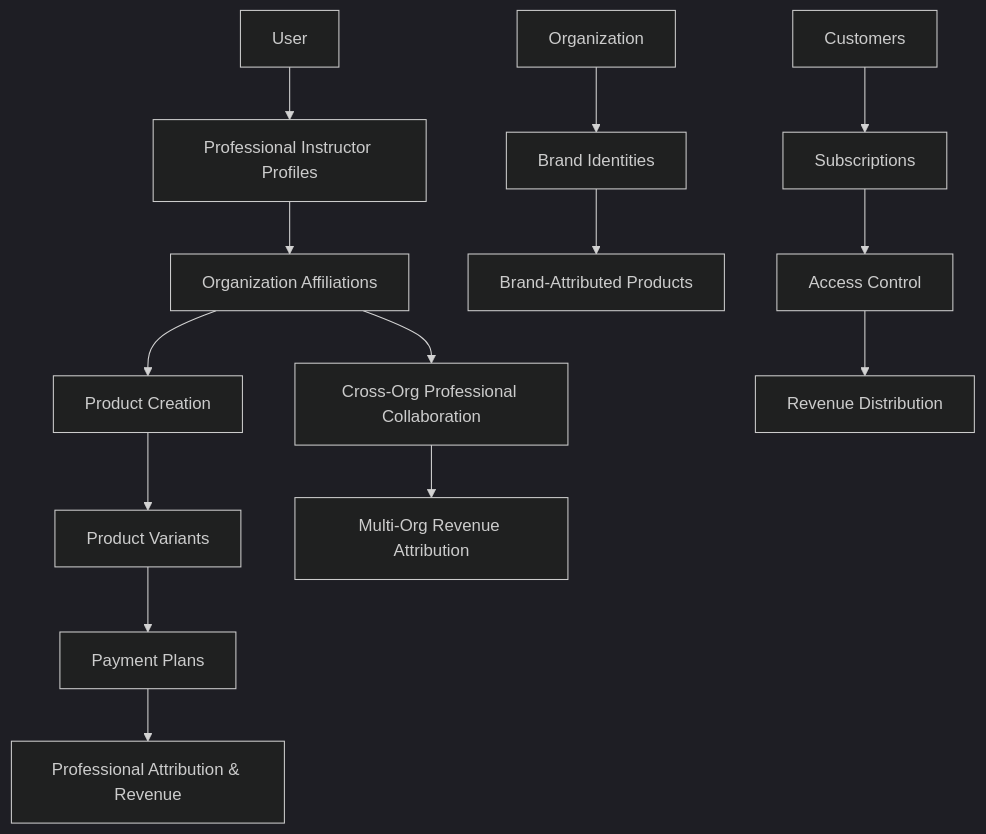
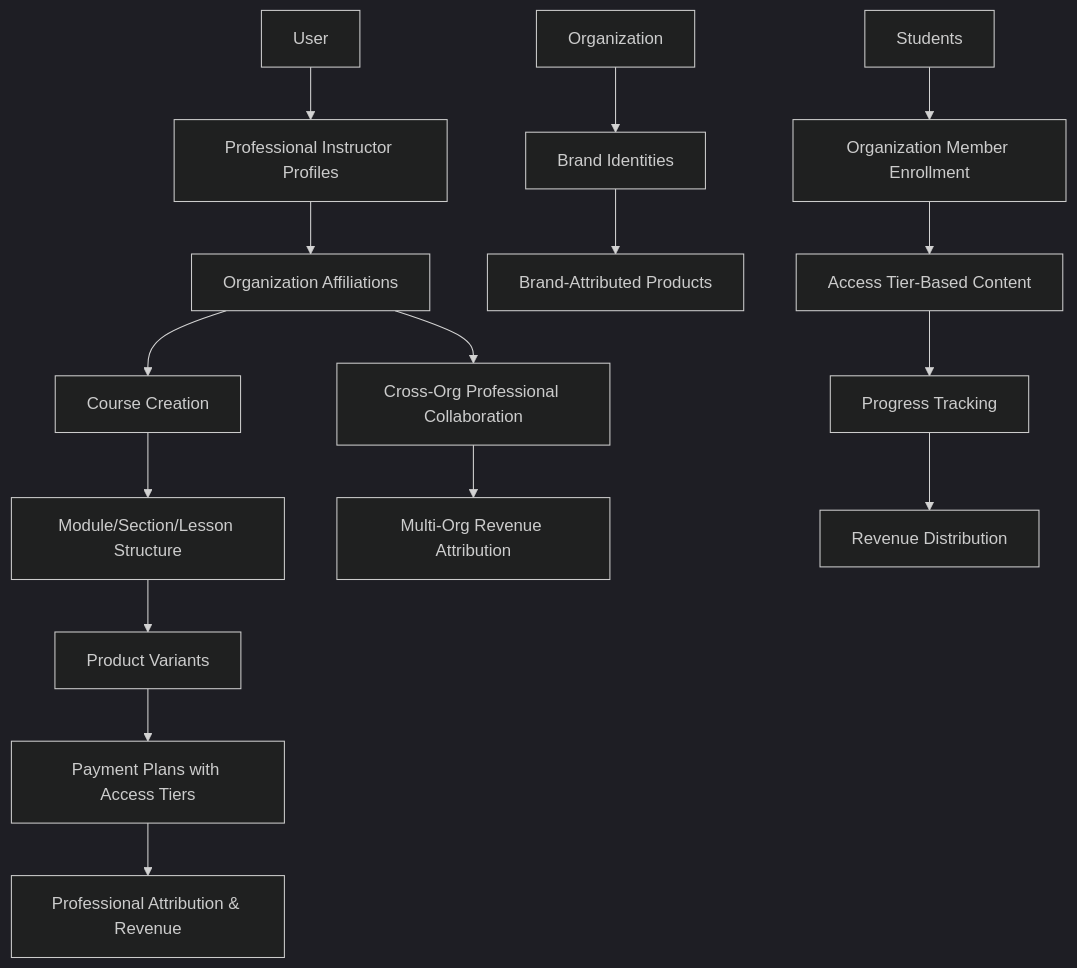
Before and after one commit to DreamEcho100/maze: the second of 3 diagrams in apps/volmify/src/server/libs/db/schema/README.md, drawn with Mermaid (dark theme). The commit also changed other lines of this file and 7 other files, not shown here.

First line of the commit message:
feat: Enhance product payment schema and relations for educational content

````diff
--- a/apps/volmify/src/server/libs/db/schema/README.md
+++ b/apps/volmify/src/server/libs/db/schema/README.md
@@ -132,19 +168,21 @@
 ```mermaid
 graph TD
     A[User] --> B[Professional Instructor Profiles]
     B --> C[Organization Affiliations]
-    C --> D[Product Creation]
-    D --> E[Product Variants]
-    E --> F[Payment Plans]
-    F --> G[Professional Attribution & Revenue]
+    C --> D[Course Creation]
+    D --> E[Module/Section/Lesson Structure]
+    E --> F[Product Variants]
+    F --> G[Payment Plans with Access Tiers]
+    G --> H[Professional Attribution & Revenue]
     
-    H[Organization] --> I[Brand Identities]
-    I --> J[Brand-Attributed Products]
+    I[Organization] --> J[Brand Identities]
+    J --> K[Brand-Attributed Products]
     
-    C --> K[Cross-Org Professional Collaboration]
-    K --> L[Multi-Org Revenue Attribution]
+    C --> L[Cross-Org Professional Collaboration]
+    L --> M[Multi-Org Revenue Attribution]
     
-    M[Customers] --> N[Subscriptions]
-    N --> O[Access Control]
-    O --> P[Revenue Distribution]
+    N[Students] --> O[Organization Member Enrollment]
+    O --> P[Access Tier-Based Content]
+    P --> Q[Progress Tracking]
+    Q --> R[Revenue Distribution]
 ```
````
